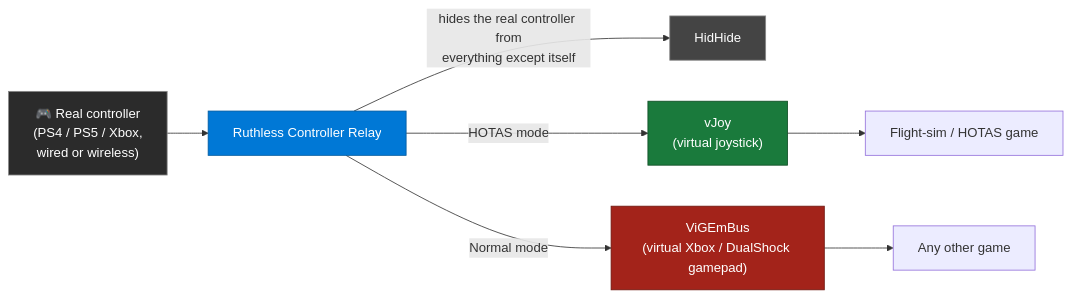
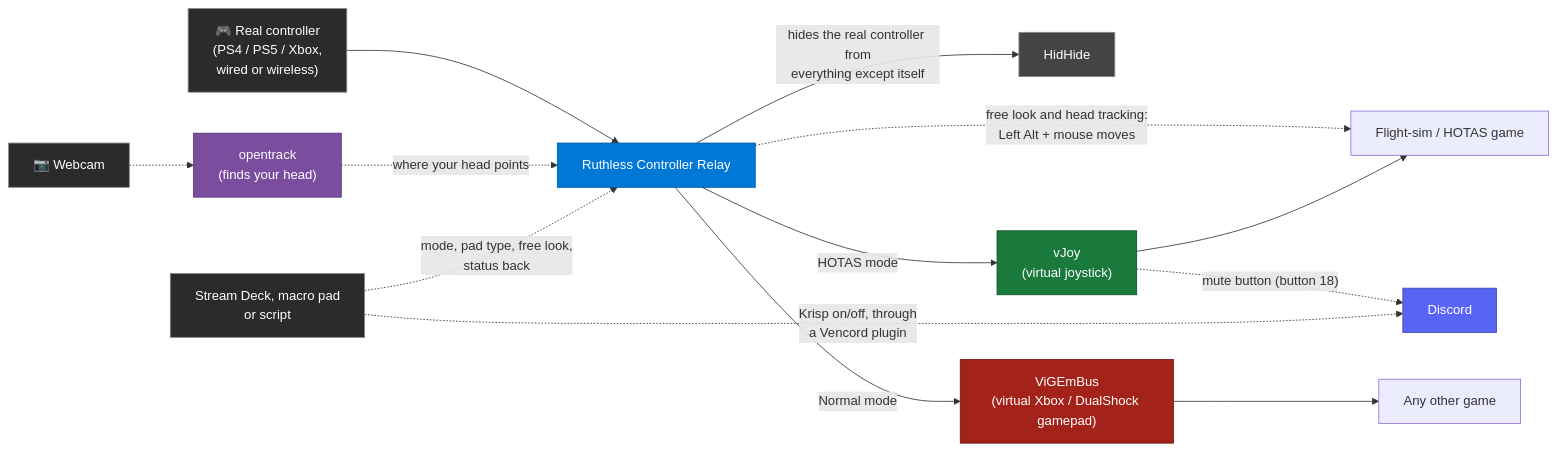
Before and after one commit to spongebobmoviept-lab/RuthlessControllerRelay: the diagram in README.md, drawn with Mermaid. The commit also changed other lines of this file and 13 other files, not shown here.

First line of the commit message:
v1.3.1: no-install head tracking, fresh-PC hiding fix, rewritten page

````diff
--- a/README.md
+++ b/README.md
@@ -50,15 +37,27 @@
 ```mermaid
 flowchart LR
     C["🎮 Real controller<br/>(PS4 / PS5 / Xbox,<br/>wired or wireless)"] --> R["Ruthless Controller Relay"]
+    W["📷 Webcam"] -.-> O["opentrack<br/>(finds your head)"]
+    O -. "where your head points" .-> R
+    K["Stream Deck, macro pad<br/>or script"] -. "mode, pad type, free look,<br/>status back" .-> R
+
     R -- "hides the real controller from<br/>everything except itself" --> H["HidHide"]
     R -- "HOTAS mode" --> V["vJoy<br/>(virtual joystick)"]
     R -- "Normal mode" --> G["ViGEmBus<br/>(virtual Xbox / DualShock gamepad)"]
+    R -. "free look and head tracking:<br/>Left Alt + mouse moves" .-> Game1
     V --> Game1["Flight-sim / HOTAS game"]
     G --> Game2["Any other game"]
+
+    V -. "mute button (button 18)" .-> D["Discord"]
+    K -. "Krisp on/off, through<br/>a Vencord plugin" .-> D
 
     style C fill:#2b2b2b,stroke:#888,color:#fff
     style R fill:#0078D6,stroke:#005a9e,color:#fff
     style H fill:#444,stroke:#888,color:#fff
     style V fill:#1a7a3c,stroke:#0e4d24,color:#fff
     style G fill:#a3231a,stroke:#6e160f,color:#fff
+    style W fill:#2b2b2b,stroke:#888,color:#fff
+    style O fill:#7a4d9e,stroke:#54336e,color:#fff
+    style K fill:#2b2b2b,stroke:#888,color:#fff
+    style D fill:#5865F2,stroke:#3b45b5,color:#fff
 ```
````
